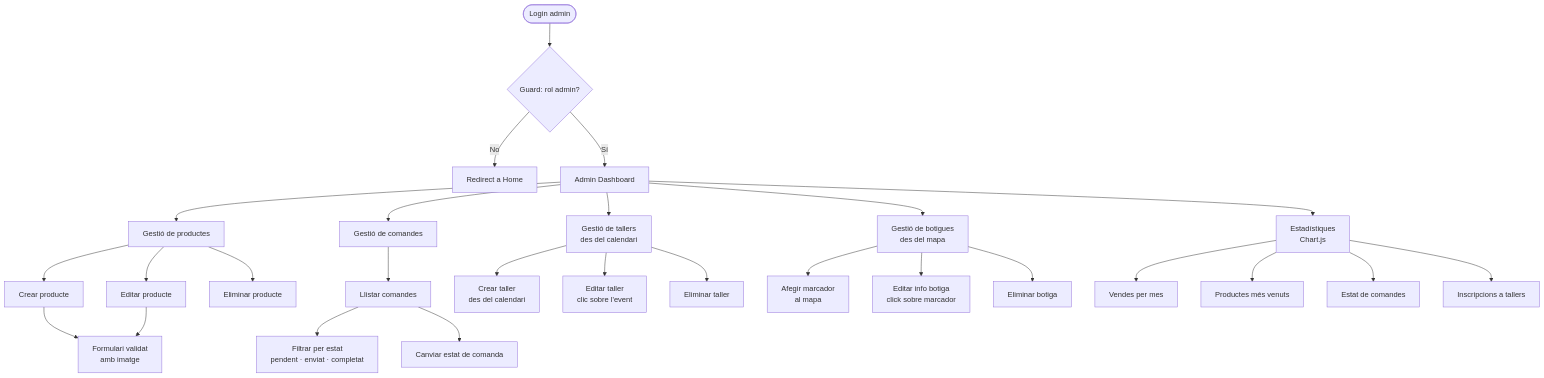
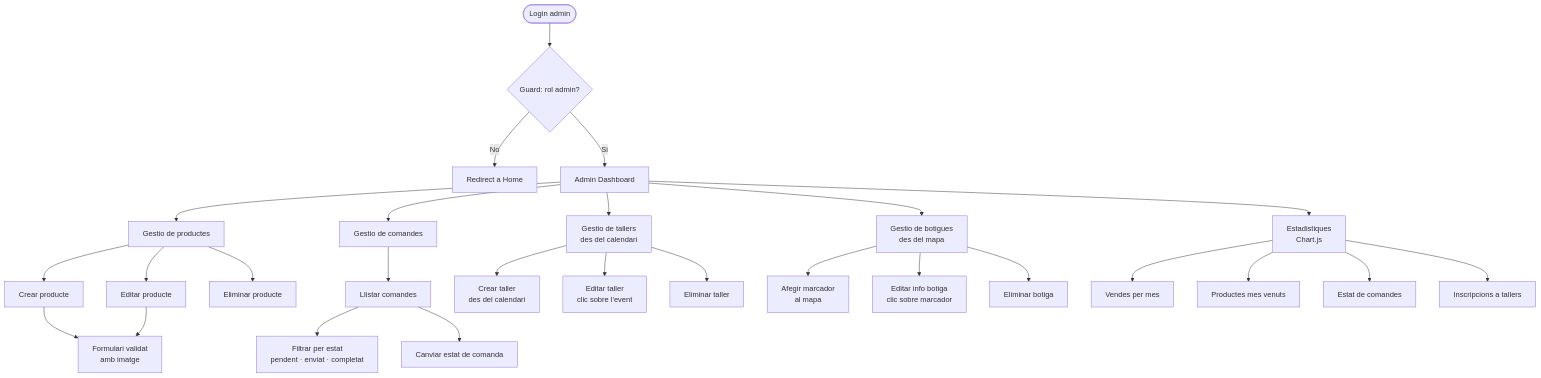
One commit to isahun/winter-garden changed the fourth of 8 diagrams in DIAGRAMS.md. Above: the diagram before and after it, drawn with Mermaid. The commit also changed other lines of this file, not shown here.

Commit message:
docs: fix Mermaid node labels for obsidian render

````diff
--- a/DIAGRAMS.md
+++ b/DIAGRAMS.md
@@ -167,34 +167,34 @@
 ```mermaid
 flowchart TD
     A([Login admin]) --> B{Guard: rol admin?}
     B -- No --> C[Redirect a Home]
-    B -- Sí --> D[Admin Dashboard]
+    B -- Si --> D[Admin Dashboard]
 
-    D --> E[Estadístiques\nChart.js]
-    D --> F[Gestió de productes]
-    D --> G[Gestió de comandes]
-    D --> H[Gestió de tallers\ndes del calendari]
-    D --> I[Gestió de botigues\ndes del mapa]
+    D --> E["Estadistiques<br/>Chart.js"]
+    D --> F[Gestio de productes]
+    D --> G[Gestio de comandes]
+    D --> H["Gestio de tallers<br/>des del calendari"]
+    D --> I["Gestio de botigues<br/>des del mapa"]
 
     F --> F1[Crear producte]
     F --> F2[Editar producte]
     F --> F3[Eliminar producte]
-    F1 & F2 --> F4[Formulari validat\namb imatge]
+    F1 & F2 --> F4["Formulari validat<br/>amb imatge"]
 
     G --> G1[Llistar comandes]
-    G1 --> G2[Filtrar per estat\npendent · enviat · completat]
+    G1 --> G2["Filtrar per estat<br/>pendent · enviat · completat"]
     G1 --> G3[Canviar estat de comanda]
 
-    H --> H1[Crear taller\ndes del calendari]
-    H --> H2[Editar taller\nclic sobre l'event]
+    H --> H1["Crear taller<br/>des del calendari"]
+    H --> H2["Editar taller<br/>clic sobre l'event"]
     H --> H3[Eliminar taller]
 
-    I --> I1[Afegir marcador\nal mapa]
-    I --> I2[Editar info botiga\nclick sobre marcador]
+    I --> I1["Afegir marcador<br/>al mapa"]
+    I --> I2["Editar info botiga<br/>clic sobre marcador"]
     I --> I3[Eliminar botiga]
 
     E --> E1[Vendes per mes]
-    E --> E2[Productes més venuts]
+    E --> E2[Productes mes venuts]
     E --> E3[Estat de comandes]
     E --> E4[Inscripcions a tallers]
 ```
````
